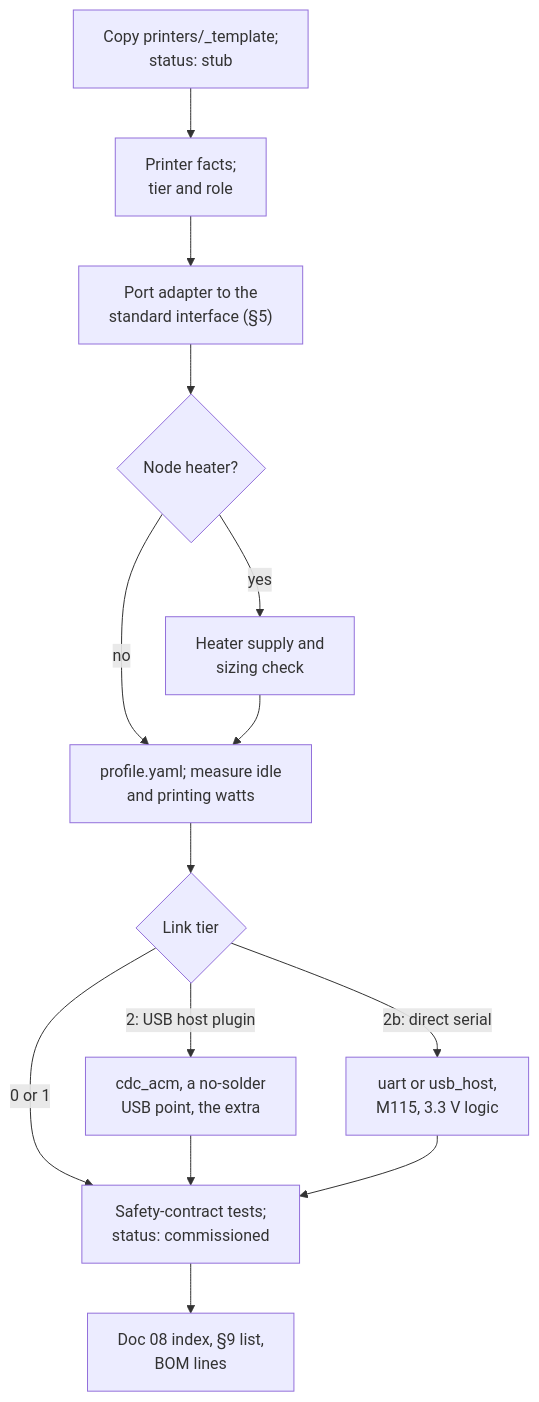
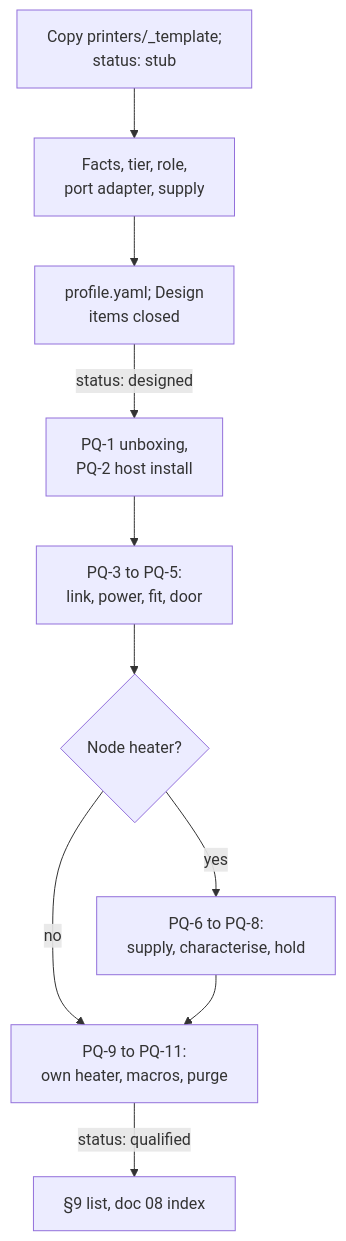
One commit to BashfulBits/3dp-fleet-exhaust changed the fourth of 4 diagrams in docs/12_porting_guide.md. Above: the diagram before and after it, drawn with Mermaid. The commit also changed other lines of this file and 57 other files, not shown here.

````diff
--- a/docs/12_porting_guide.md
+++ b/docs/12_porting_guide.md
@@ -232,16 +288,12 @@
 ```mermaid
 flowchart TD
-  A["Copy printers/_template;<br>status: stub"] --> B["Printer facts;<br>tier and role"]
-  B --> C["Port adapter to the<br>standard interface (§5)"]
-  C --> D{"Node heater?"}
-  D -->|"yes"| E["Heater supply and<br>sizing check"]
-  D -->|"no"| F
-  E --> F["profile.yaml; measure idle<br>and printing watts"]
-  F --> G{"Link tier"}
-  G -->|"2: USB host plugin"| H["cdc_acm, a no-solder<br>USB point, the extra"]
-  G -->|"2b: direct serial"| I["uart or usb_host,<br>M115, 3.3 V logic"]
-  G -->|"0 or 1"| J
-  H --> J["Safety-contract tests;<br>status: commissioned"]
-  I --> J
-  J --> K["Doc 08 index, §9 list,<br>BOM lines"]
+  A["Copy printers/_template;<br>status: stub"] --> B["Facts, tier, role,<br>port adapter, supply"]
+  B --> C["profile.yaml; Design<br>items closed"]
+  C -->|"status: designed"| D["PQ-1 unboxing,<br>PQ-2 host install"]
+  D --> E["PQ-3 to PQ-5:<br>link, power, fit, door"]
+  E --> F{"Node heater?"}
+  F -->|"yes"| G["PQ-6 to PQ-8:<br>supply, characterise, hold"]
+  F -->|"no"| H
+  G --> H["PQ-9 to PQ-11:<br>own heater, macros, purge"]
+  H -->|"status: qualified"| I["§9 list, doc 08 index"]
 ```
````
